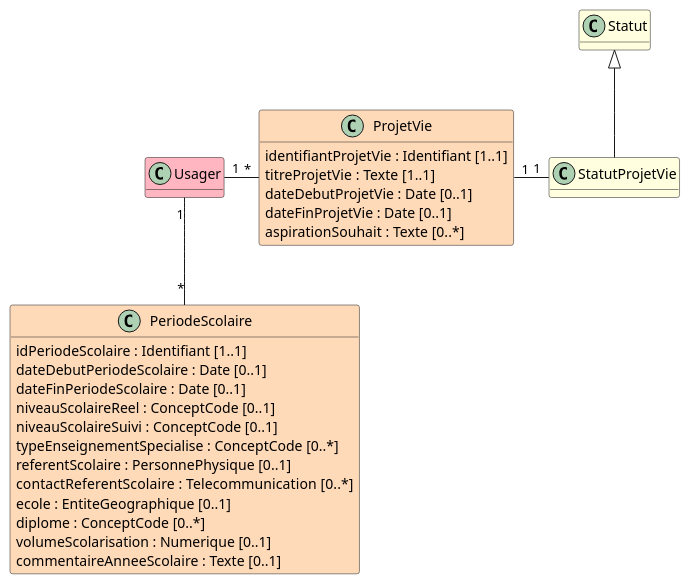
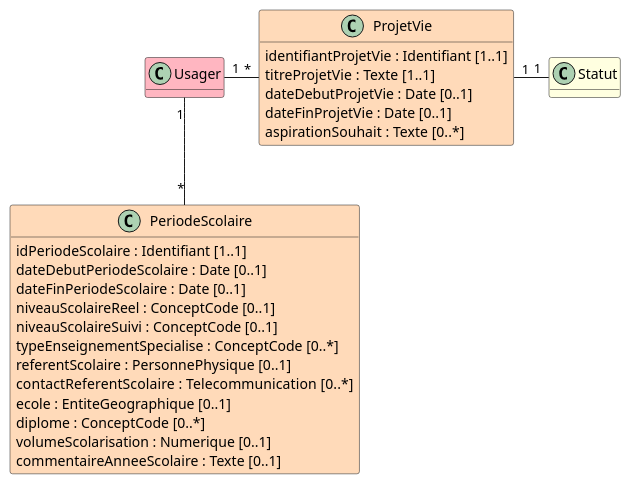
Before and after one commit to ansforge/IG-fhir-medicosocial-transfert-donnees-dui: the diagram in input/images-source/bloc_periode_scolaire.plantuml, drawn with PlantUML. The commit also changed 1 other file, not shown here.

Commit message:
satut projet vie

```diff
--- a/input/images-source/bloc_periode_scolaire.plantuml
+++ b/input/images-source/bloc_periode_scolaire.plantuml
@@ -1,40 +1,37 @@
 @startuml
 
 hide empty methods
 
 class Usager #LightPink
 
 class Statut #LightYellow 
-class StatutProjetVie #LightYellow 
 
 class PeriodeScolaire #PeachPuff {
     idPeriodeScolaire : Identifiant [1..1]
     dateDebutPeriodeScolaire : Date [0..1]
     dateFinPeriodeScolaire : Date [0..1]
     niveauScolaireReel : ConceptCode [0..1]
     niveauScolaireSuivi : ConceptCode [0..1]
     typeEnseignementSpecialise : ConceptCode [0..*]
     referentScolaire : PersonnePhysique [0..1]
     contactReferentScolaire  : Telecommunication [0..*]
     ecole : EntiteGeographique [0..1]
     diplome : ConceptCode [0..*]
     volumeScolarisation : Numerique [0..1]
     commentaireAnneeScolaire : Texte [0..1]
 }
 
 class ProjetVie #PeachPuff {
     identifiantProjetVie : Identifiant [1..1]
     titreProjetVie : Texte [1..1]
     dateDebutProjetVie : Date [0..1]
     dateFinProjetVie : Date [0..1]
     aspirationSouhait : Texte [0..*]
     }
 
 Usager "1" -- "*" PeriodeScolaire
 Usager "1" - "*" ProjetVie
 
-Statut <|-- StatutProjetVie
-
-ProjetVie "1" - "1" StatutProjetVie
+ProjetVie "1" - "1" Statut
 
 @enduml
```
